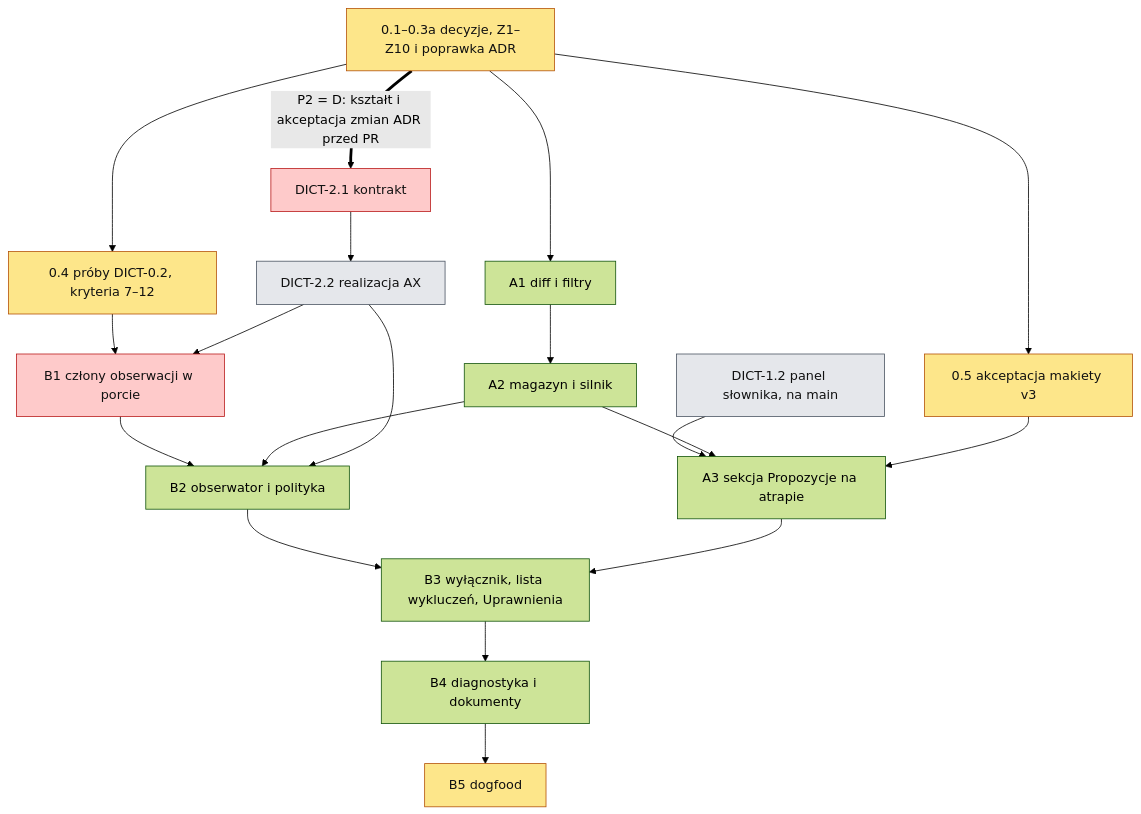
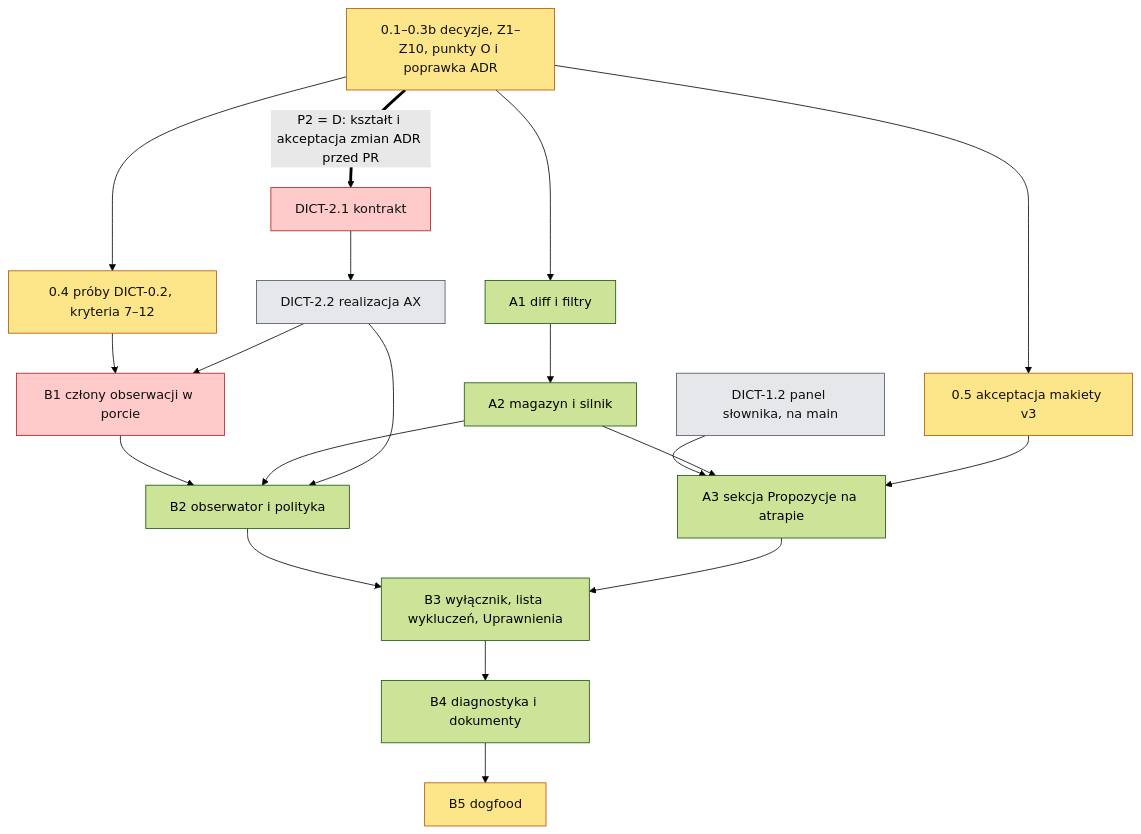
The second of 2 diagrams in .ai/specs/2026-11-20-dictation-vocabulary-auto-learn.md (mjozefiak/Pounce), drawn with Mermaid (forest theme) before and after one commit. The commit also changed other lines of this file and 5 other files, not shown here.

````diff
--- a/.ai/specs/2026-11-20-dictation-vocabulary-auto-learn.md
+++ b/.ai/specs/2026-11-20-dictation-vocabulary-auto-learn.md
@@ -728,23 +807,23 @@
 ```mermaid
 flowchart TD
   classDef gate fill:#fde68a,color:#111,stroke:#b45309
   classDef contract fill:#fecaca,color:#111,stroke:#b91c1c
   classDef existing fill:#e5e7eb,color:#111,stroke:#4b5563
-  O[0.1–0.3a decyzje, Z1–Z10 i poprawka ADR]:::gate --> A1
+  O[0.1–0.3b decyzje, Z1–Z10, punkty O i poprawka ADR]:::gate --> A1
   O --> P[0.4 próby DICT-0.2, kryteria 7–12]:::gate
   O --> X[0.5 akceptacja makiety v3]:::gate
   D12[DICT-1.2 panel słownika, na main]:::existing --> A3
   A1[A1 diff i filtry] --> A2[A2 magazyn i silnik]
   A2 --> A3[A3 sekcja Propozycje na atrapie]
   X --> A3
   D21[DICT-2.1 kontrakt]:::contract --> D22[DICT-2.2 realizacja AX]:::existing
   O ==>|P2 = D: kształt i akceptacja zmian ADR przed PR| D21
   P --> B1
   D22 --> B1[B1 człony obserwacji w porcie]:::contract
   B1 --> B2[B2 obserwator i polityka]
   A2 --> B2
   D22 --> B2
   B2 --> B3[B3 wyłącznik, lista wykluczeń, Uprawnienia]
   A3 --> B3
   B3 --> B4[B4 diagnostyka i dokumenty] --> B5[B5 dogfood]:::gate
 ```
````
